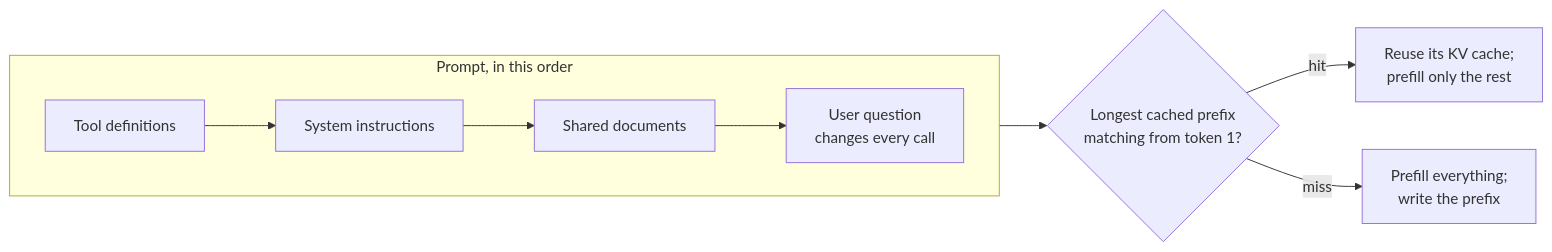
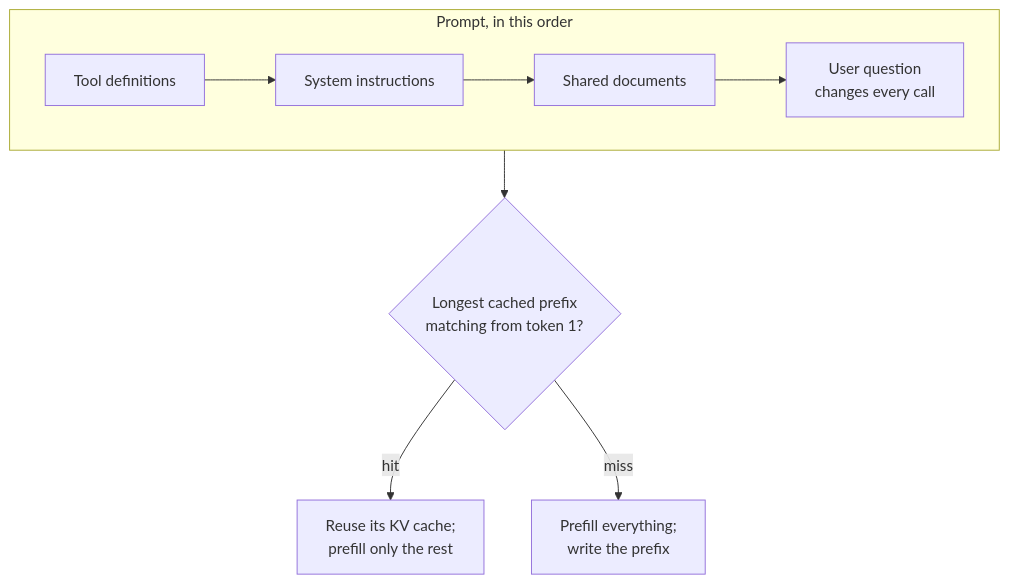
The diagram in images/src/dd-3.13-prefix-cache.mmd (daneb/ai-system-design-primer), drawn with Mermaid before and after one commit. The commit also changed 151 other files, not shown here.

```diff
--- a/images/src/dd-3.13-prefix-cache.mmd
+++ b/images/src/dd-3.13-prefix-cache.mmd
@@ -1,9 +1,9 @@
 %% alt: Prompt caching. The prompt is ordered tool definitions, system instructions, shared documents, then the user question that changes every call. The provider looks for the longest cached prefix that matches from the first token; on a hit it reuses that prefix's KV cache and prefills only the rest; on a miss it prefills everything and writes the prefix to the cache.
-flowchart LR
+flowchart TB
   subgraph P[Prompt, in this order]
     direction LR
     T[Tool definitions]:::data --> S[System instructions]:::data --> D[Shared documents]:::data --> U[User question<br/>changes every call]:::human
   end
   P --> M{Longest cached prefix<br/>matching from token 1?}:::control
-  M -->|hit| R[Reuse its KV cache;<br/>prefill only the rest]
-  M -->|miss| W[Prefill everything;<br/>write the prefix]
+  M -->|hit| R[Reuse its KV cache;<br/>prefill only the rest]:::tool
+  M -->|miss| W[Prefill everything;<br/>write the prefix]:::tool
```
